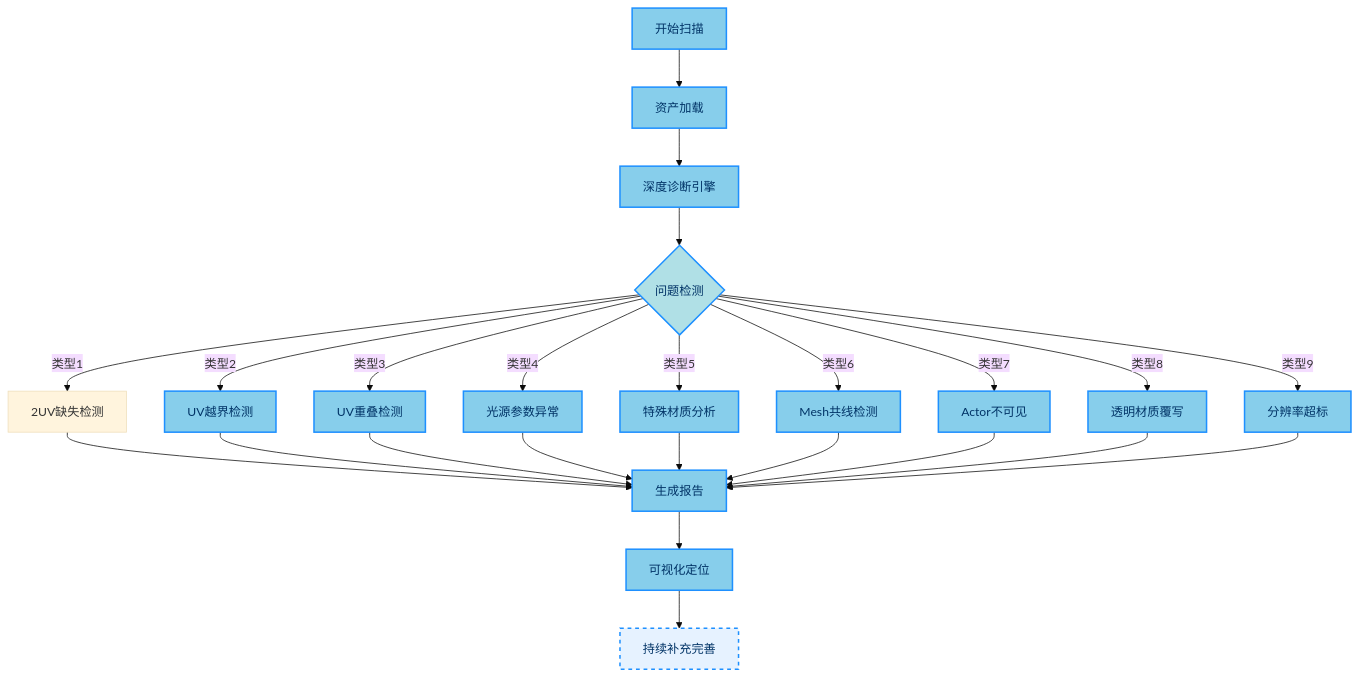
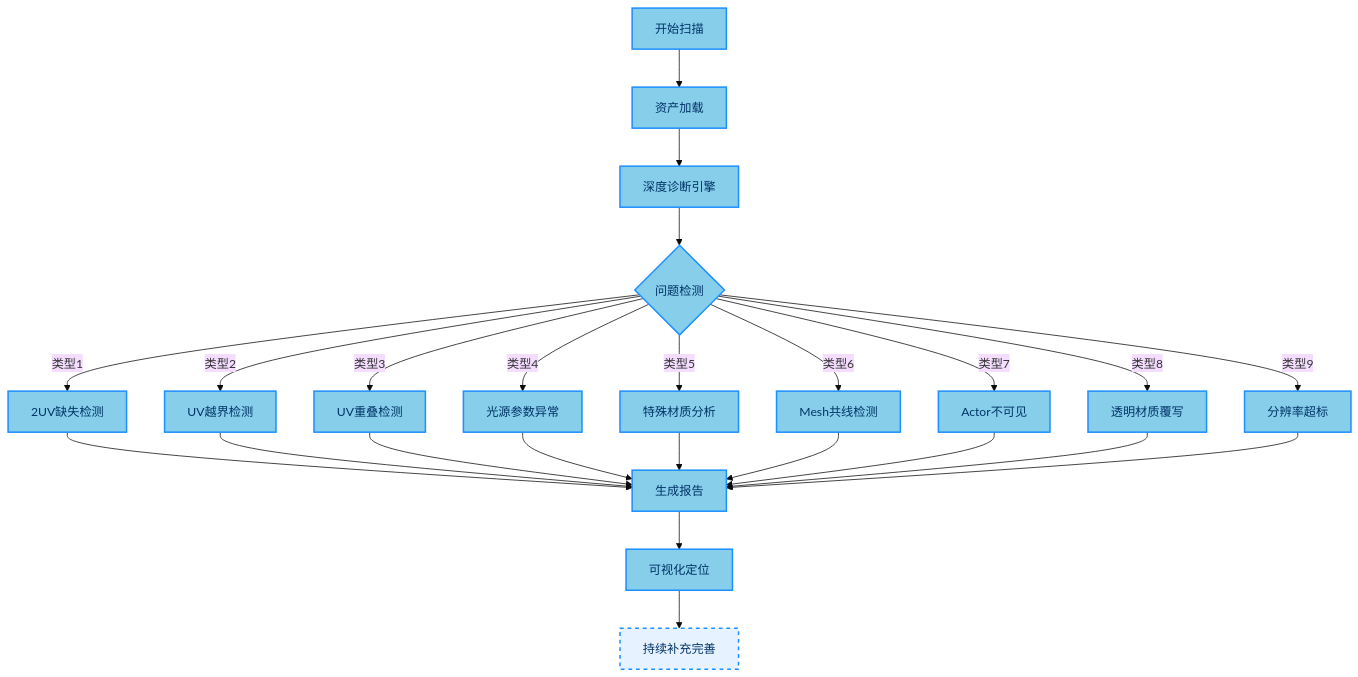
The diagram in all/未命名-2.md (archieluan/iodraw-files), drawn with Mermaid (base theme) before and after one commit.

Commit message:
2025-06-07 12:29:41 update

````diff
--- a/all/未命名-2.md
+++ b/all/未命名-2.md
@@ -1,39 +1,39 @@
 ```mermaid
 graph TD
   A[开始扫描]:::blueNode --> B[资产加载]
   B --> C[深度诊断引擎]
   C --> D{问题检测}:::diamond
   D -->|类型1| E[2UV缺失检测]
   D -->|类型2| F[UV越界检测]
   D -->|类型3| G[UV重叠检测]
   D -->|类型4| H[光源参数异常]
   D -->|类型5| I[特殊材质分析]
   D -->|类型6| J[Mesh共线检测]
   D -->|类型7| K[Actor不可见]
   D -->|类型8| L[透明材质覆写]
   D -->|类型9| M[分辨率超标]
   E --> N[生成报告]:::report
   F --> N
   G --> N
   H --> N
   I --> N
   J --> N
   K --> N
   L --> N
   M --> N
   N --> O[可视化定位]:::action
   O --> P[持续补充完善]:::special
   style P stroke:#1E90FF,stroke-width:2px,stroke-dasharray:5 5,fill:#E6F2FF
 
   classDef blueNode fill:#87CEEB,stroke:#1E90FF,stroke-width:2px,color:#003366
   classDef diamond fill:#B0E0E6,stroke:#1E90FF,stroke-width:2px,color:#003366
   classDef report fill:#E6F2FF,stroke:#1E90FF,stroke-width:1.5px,color:#003366
   classDef action fill:#87CEEB,stroke:#1E90FF,stroke-width:2px,color:#003366
   classDef special fill:#F0F8FF,stroke:#1E90FF,stroke-width:2px,color:#003366
   
-  class A,B,C,dsE,F,G,H,I,J,K,L,M,N,O blueNode;
-  class D diamond;
+  class A,B,C,D,E,F,G,H,I,J,K,L,M,N,O blueNode;
+
 
   class O action;
   class P special;
 ```
````
